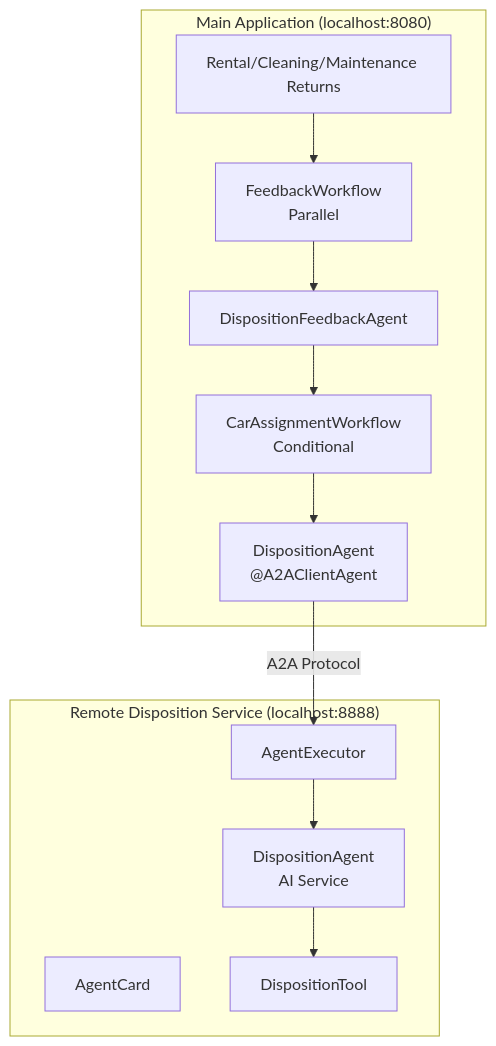
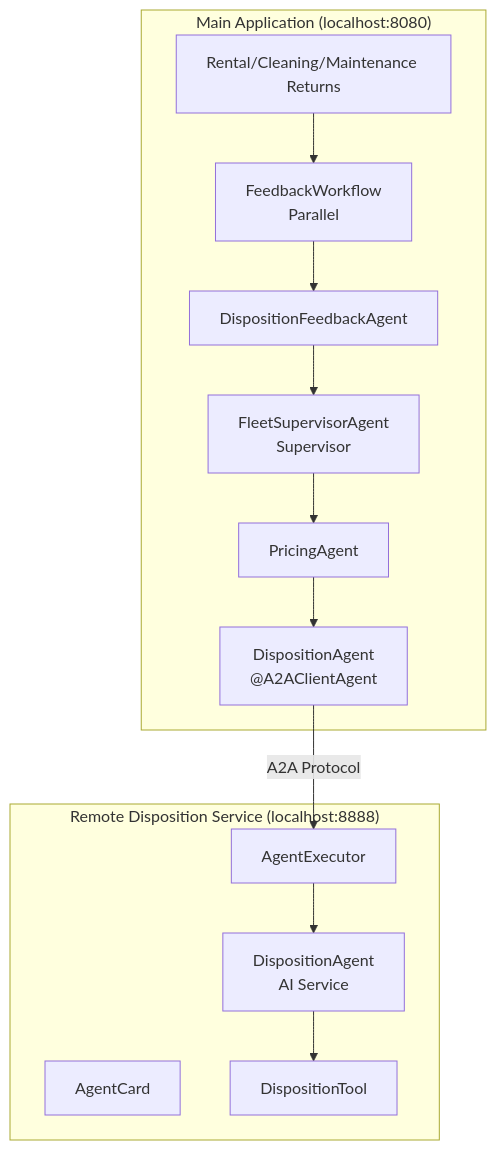
Before and after one commit to quarkusio/quarkus-workshop-langchain4j: the third of 4 diagrams in docs/docs/section-2/step-05.md, drawn with Mermaid. The commit also changed other lines of this file and 12 other files, not shown here.

````diff
--- a/docs/docs/section-2/step-05.md
+++ b/docs/docs/section-2/step-05.md
@@ -139,28 +138,30 @@
 ```mermaid
 graph TD
     subgraph "Main Application (localhost:8080)"
         R[Rental/Cleaning/Maintenance Returns]
         FW[FeedbackWorkflow<br/>Parallel]
         DFA[DispositionFeedbackAgent]
-        AW[CarAssignmentWorkflow<br/>Conditional]
+        FSA[FleetSupervisorAgent<br/>Supervisor]
+        PA[PricingAgent]
         DAC["DispositionAgent<br/>@A2AClientAgent"]
 
         R --> FW
         FW --> DFA
-        DFA --> AW
-        AW --> DAC
+        DFA --> FSA
+        FSA --> PA
+        PA --> DAC
     end
 
     subgraph "Remote Disposition Service (localhost:8888)"
         AC[AgentCard]
         AE[AgentExecutor]
         DAI[DispositionAgent<br/>AI Service]
         DT[DispositionTool]
 
         AE --> DAI
         DAI --> DT
     end
 
     DAC -->|A2A Protocol| AE
 
 ```
````
